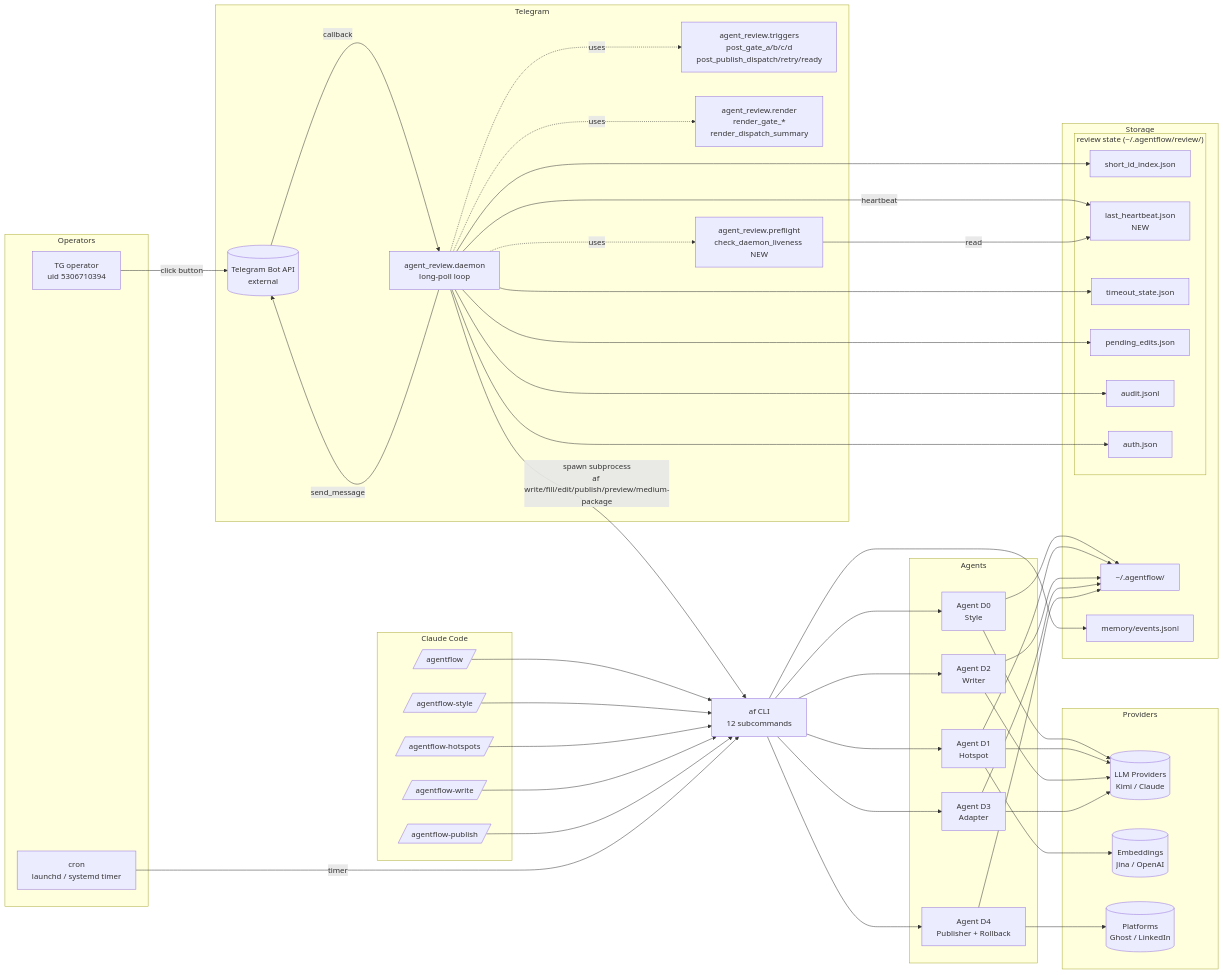
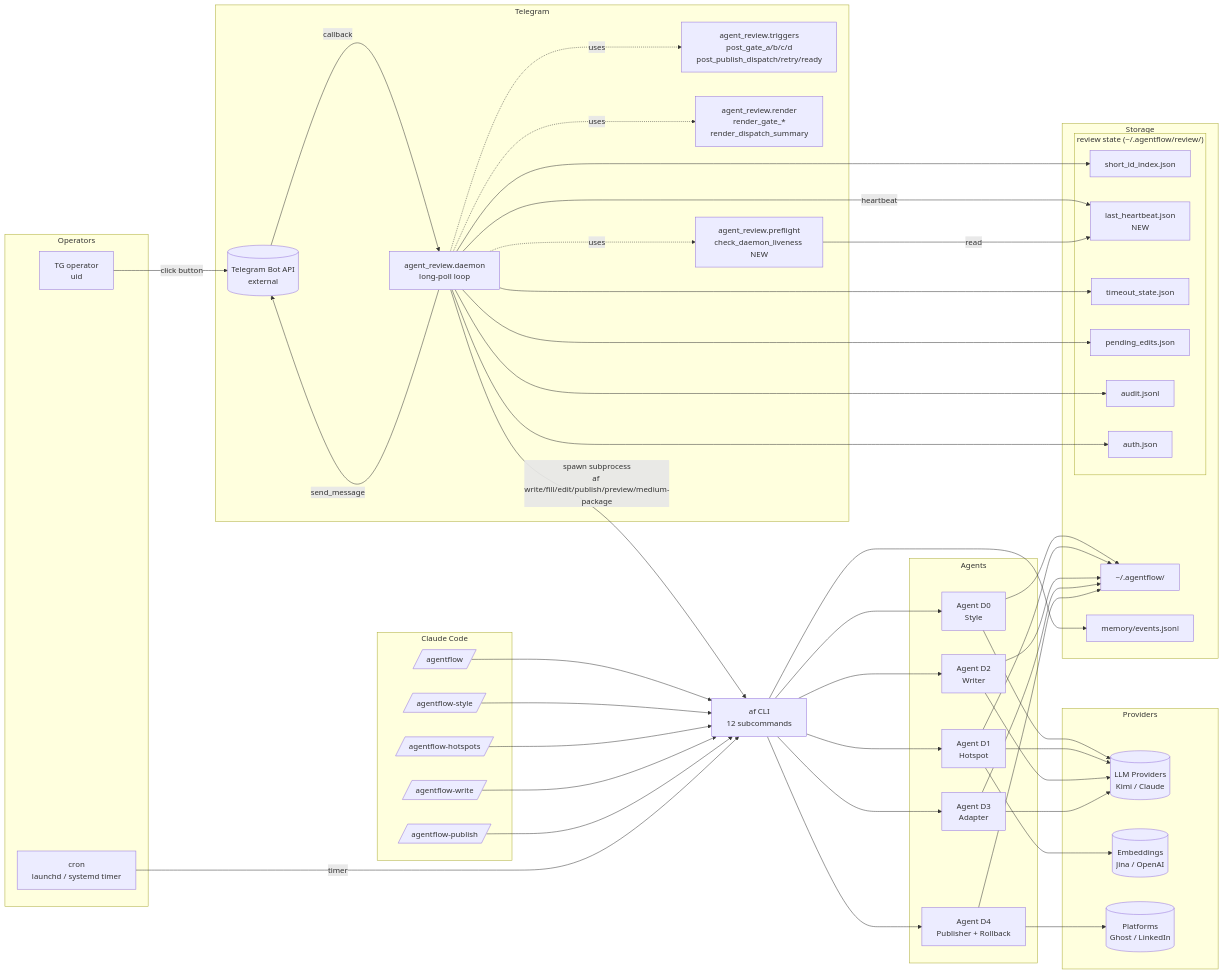
The diagram in docs/SOLUTION_OVERVIEW.md (witness1993x/agentflow-article-publishing), drawn with Mermaid before and after one commit.

Commit message:
Redact operator uid + Pillow/deploy.sh + service path alignment
- docs/SOLUTION_OVERVIEW.md: redact TG operator uid for public visibility
- backend/requirements.txt: add Pillow>=10.0 (sync with pyproject.toml)
- agentflow-deploy/deploy.sh: one-shot Linux installer (venv + pip + chmod 600 + systemd)
- agentflow-deploy/agentflow-review.service: align paths with /opt/agentflow/
- backend/.env.template: clarify TELEGRAM_BOT_TOKEN comments
- scripts/build_deploy_bundle.sh: include mocks/ + deploy.sh + sanity guards

````diff
--- a/docs/SOLUTION_OVERVIEW.md
+++ b/docs/SOLUTION_OVERVIEW.md
@@ -91,7 +91,7 @@
 ```mermaid
 flowchart LR
   subgraph "Operators"
-    OP[TG operator<br/>uid 5306710394]
+    OP[TG operator<br/>uid <operator-uid>]
     CRON[cron<br/>launchd / systemd timer]
   end
 
````
